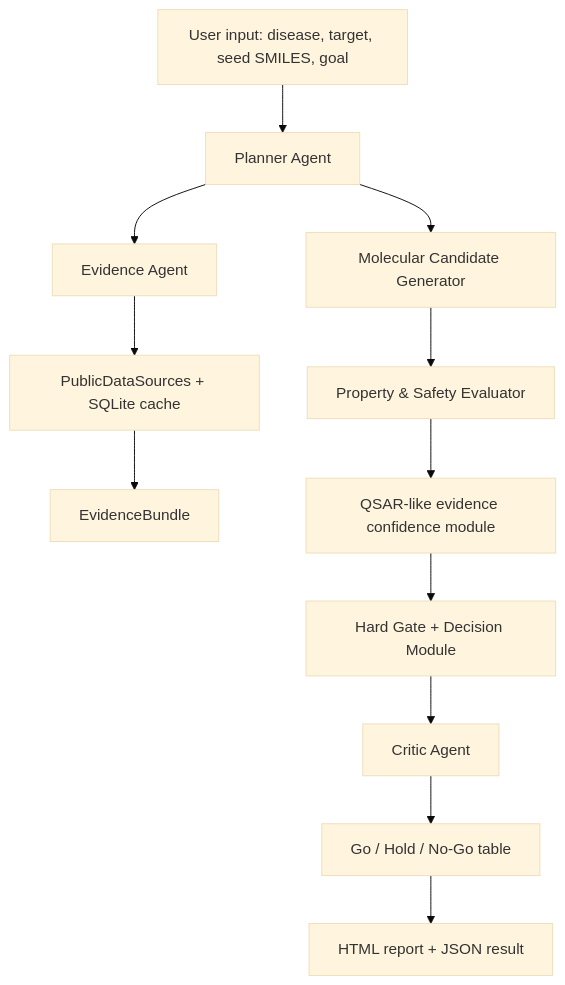
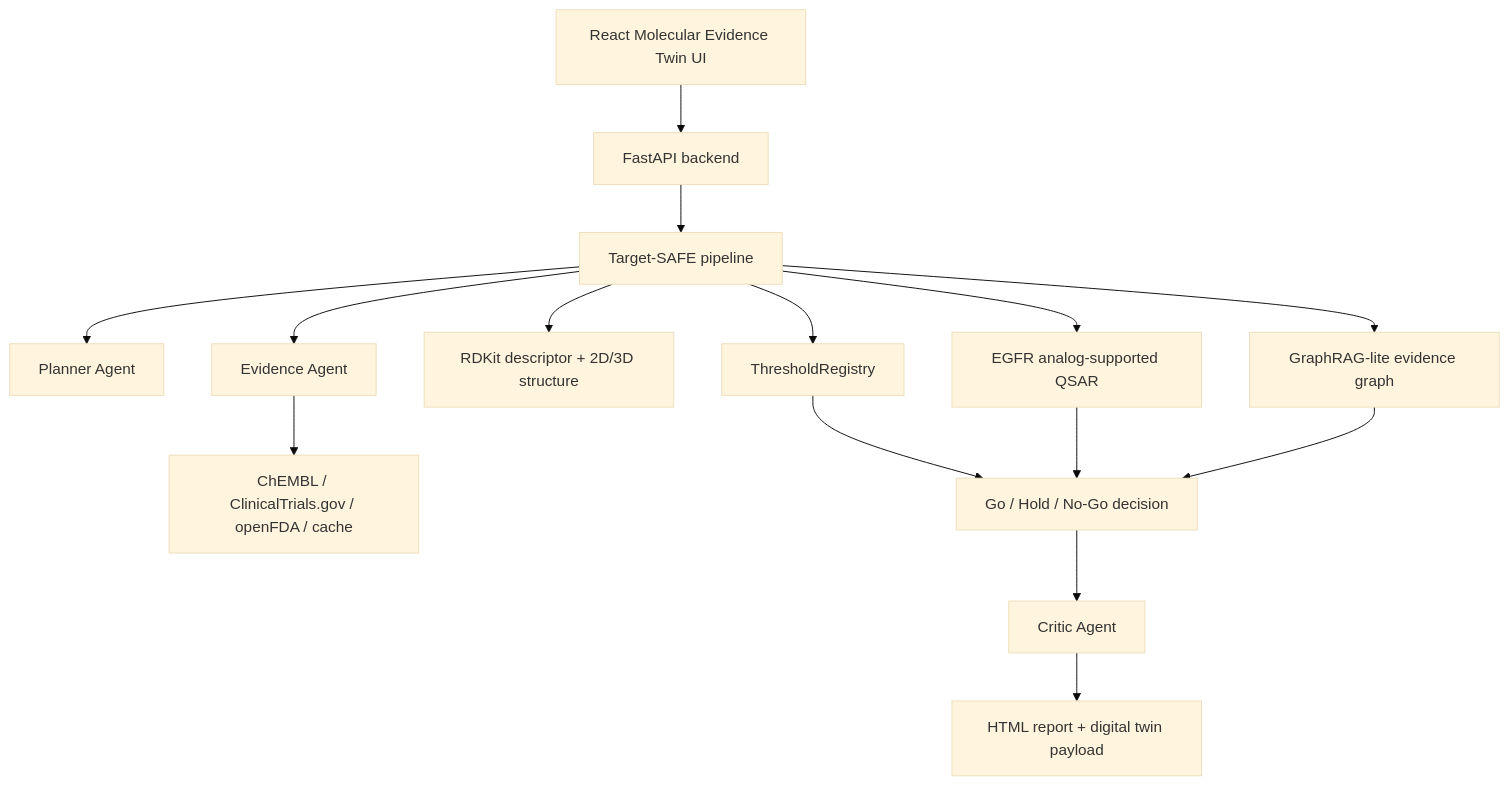
Before and after one commit to zaeee-wang/targetsafe: the diagram in outputs/TARGET_SAFE_IMPLEMENTATION_GUIDE.md, drawn with Mermaid (base theme). The commit also changed other lines of this file and 38 other files, not shown here.

Commit message:
Upgrade Target-SAFE to molecular evidence twin platform

````diff
--- a/outputs/TARGET_SAFE_IMPLEMENTATION_GUIDE.md
+++ b/outputs/TARGET_SAFE_IMPLEMENTATION_GUIDE.md
@@ -63,14 +45,17 @@
 ```mermaid
 flowchart TD
-    A["User input: disease, target, seed SMILES, goal"] --> B["Planner Agent"]
-    B --> C["Evidence Agent"]
-    C --> D["PublicDataSources + SQLite cache"]
-    D --> E["EvidenceBundle"]
-    B --> F["Molecular Candidate Generator"]
-    F --> G["Property & Safety Evaluator"]
-    G --> H["QSAR-like evidence confidence module"]
-    H --> I["Hard Gate + Decision Module"]
-    I --> J["Critic Agent"]
-    J --> K["Go / Hold / No-Go table"]
-    K --> L["HTML report + JSON result"]
+    UI["React Molecular Evidence Twin UI"] --> API["FastAPI backend"]
+    API --> Pipeline["Target-SAFE pipeline"]
+    Pipeline --> Planner["Planner Agent"]
+    Pipeline --> Evidence["Evidence Agent"]
+    Evidence --> Sources["ChEMBL / ClinicalTrials.gov / openFDA / cache"]
+    Pipeline --> Chem["RDKit descriptor + 2D/3D structure"]
+    Pipeline --> QSAR["EGFR analog-supported QSAR"]
+    Pipeline --> Thresholds["ThresholdRegistry"]
+    Pipeline --> Graph["GraphRAG-lite evidence graph"]
+    Thresholds --> Decision["Go / Hold / No-Go decision"]
+    QSAR --> Decision
+    Graph --> Decision
+    Decision --> Critic["Critic Agent"]
+    Critic --> Report["HTML report + digital twin payload"]
 ```
````
